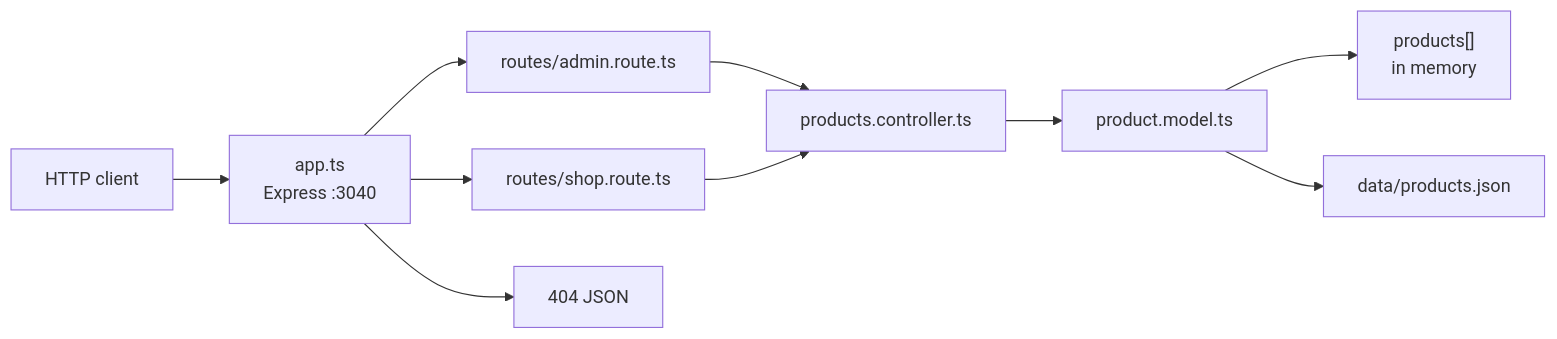
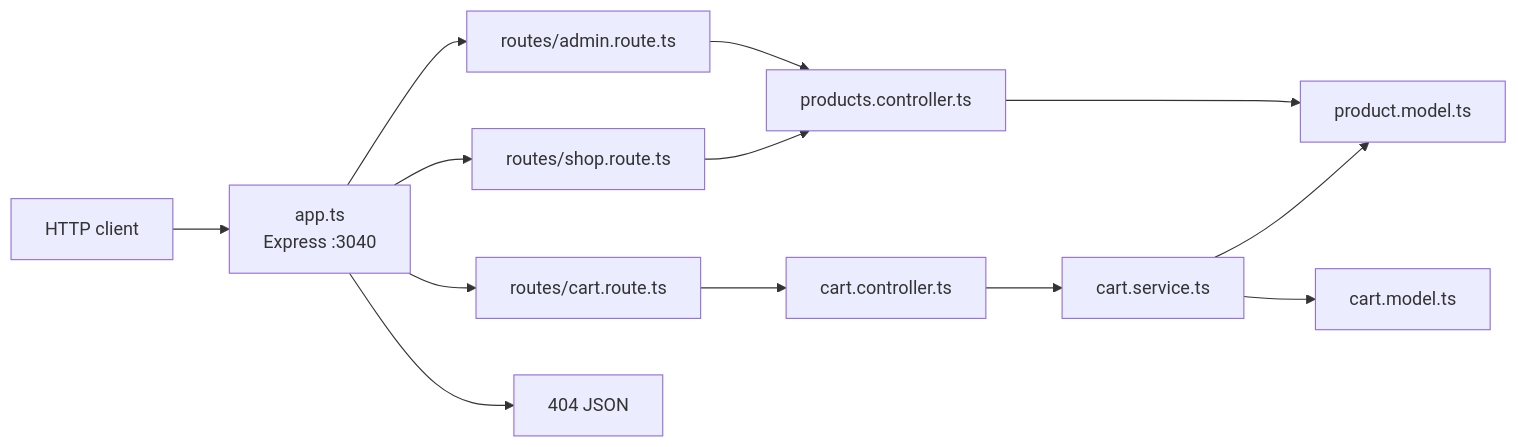
Before and after one commit to engmagdy87/backend-concepts: the diagram in README.md, drawn with Mermaid. The commit also changed other lines of this file and 17 other files, not shown here.

First line of the commit message:
Add cart service and API endpoints

````diff
--- a/README.md
+++ b/README.md
@@ -96,12 +120,15 @@
 ```mermaid
 flowchart LR
   Client["HTTP client"] --> App["app.ts\nExpress :3040"]
   App --> Admin["routes/admin.route.ts"]
   App --> Shop["routes/shop.route.ts"]
+  App --> CartRt["routes/cart.route.ts"]
   App --> NotFound["404 JSON"]
-  Admin --> Ctrl["products.controller.ts"]
-  Shop --> Ctrl
-  Ctrl --> Model["product.model.ts"]
-  Model --> Memory["products[]\nin memory"]
-  Model --> File["data/products.json"]
+  Admin --> ProdCtrl["products.controller.ts"]
+  Shop --> ProdCtrl
+  CartRt --> CartCtrl["cart.controller.ts"]
+  ProdCtrl --> ProdModel["product.model.ts"]
+  CartCtrl --> CartSvc["cart.service.ts"]
+  CartSvc --> ProdModel
+  CartSvc --> CartModel["cart.model.ts"]
 ```
````
